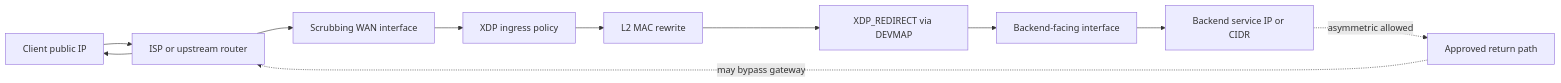
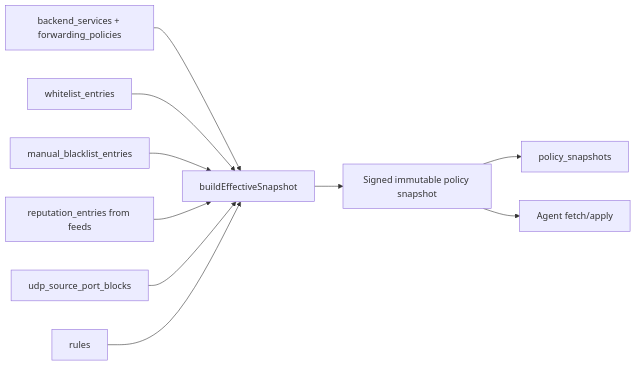
The third of 5 diagrams in docs/System-Architecture-Design.md (ken9xkyo/anti-ddos), drawn with Mermaid before and after one commit. The commit also changed other lines of this file, not shown here.

````diff
--- a/docs/System-Architecture-Design.md
+++ b/docs/System-Architecture-Design.md
@@ -96,14 +294,12 @@
 ```mermaid
 flowchart LR
-    Client["Client public IP"] --> Upstream["ISP or upstream router"]
-    Upstream --> Wan["Scrubbing WAN interface"]
-    Wan --> Xdp["XDP ingress policy"]
-    Xdp --> Rewrite["L2 MAC rewrite"]
-    Rewrite --> Redirect["XDP_REDIRECT via DEVMAP"]
-    Redirect --> Lan["Backend-facing interface"]
-    Lan --> Backend["Backend service IP or CIDR"]
-
-    Backend -. asymmetric allowed .-> ReturnPath["Approved return path"]
-    ReturnPath -. may bypass gateway .-> Upstream
-    Upstream --> Client
+    Services["backend_services + forwarding_policies"] --> Builder["buildEffectiveSnapshot"]
+    Whitelist["whitelist_entries"] --> Builder
+    ManualBlacklist["manual_blacklist_entries"] --> Builder
+    Reputation["reputation_entries from feeds"] --> Builder
+    UDPPorts["udp_source_port_blocks"] --> Builder
+    Rules["rules"] --> Builder
+    Builder --> Snapshot["Signed immutable policy snapshot"]
+    Snapshot --> PG["policy_snapshots"]
+    Snapshot --> Agent["Agent fetch/apply"]
 ```
````
